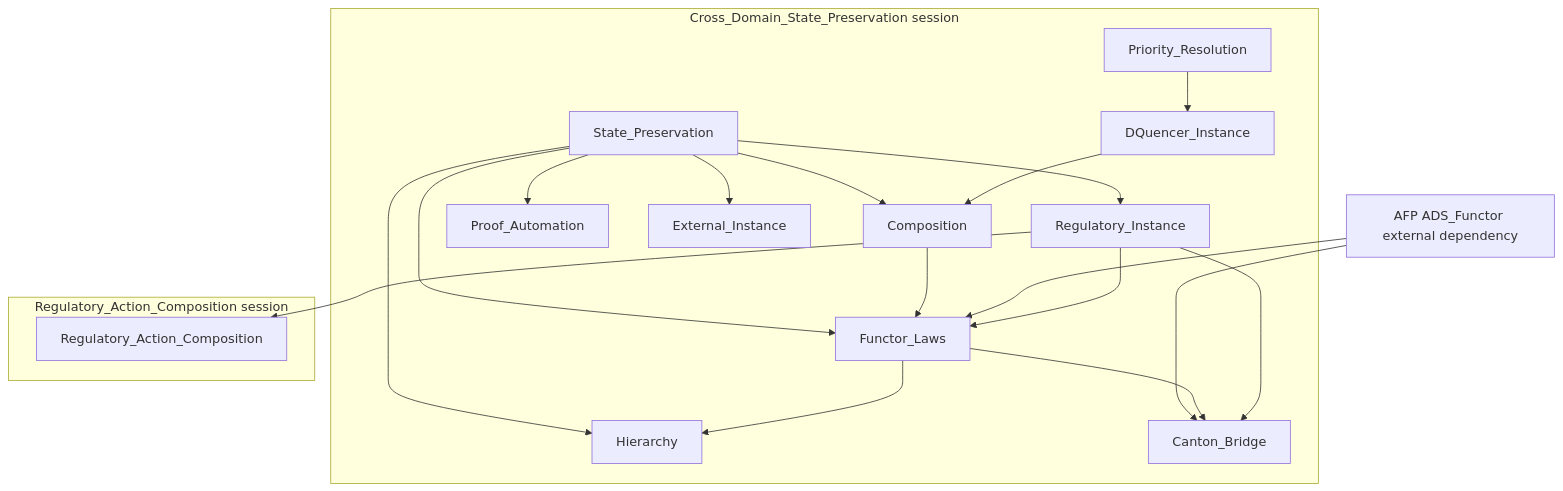
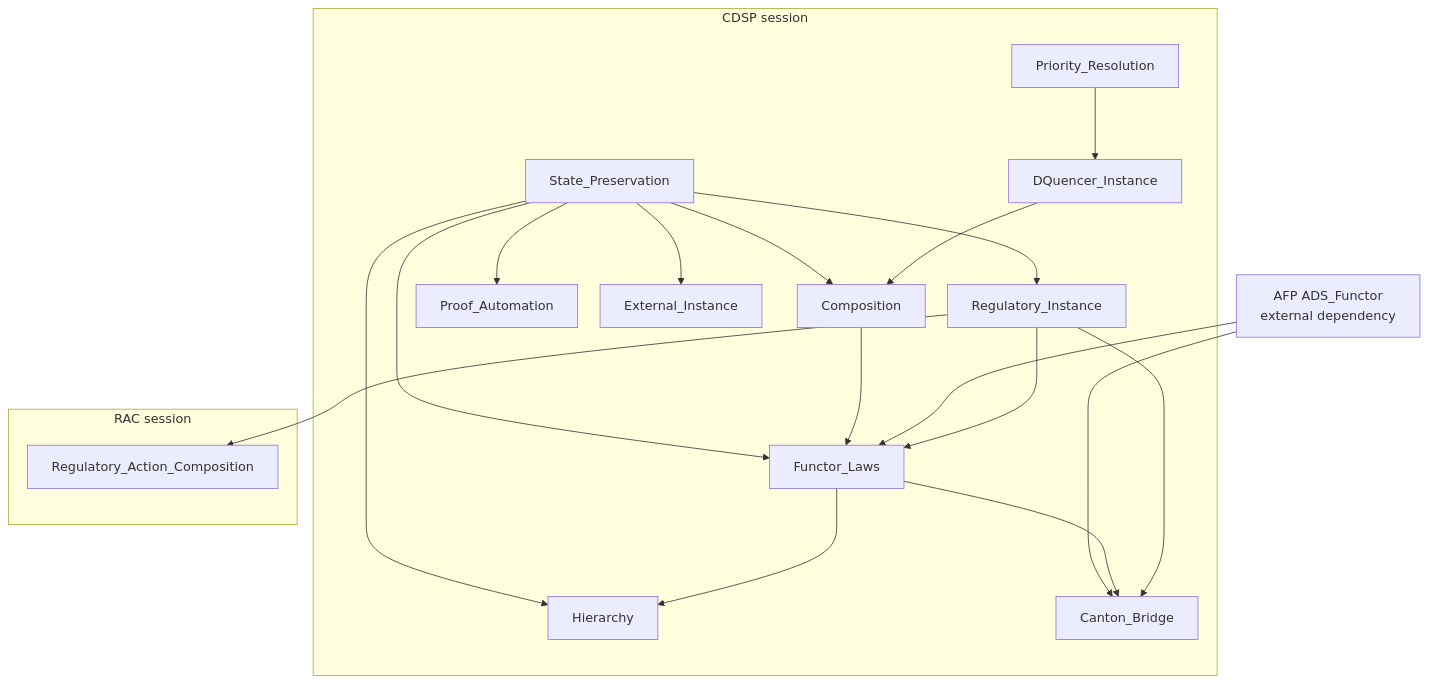
Before and after one commit to Oraclizer/formal-verification: the diagram in README.md, drawn with Mermaid.

Commit message:
docs: enlarge theory architecture diagram (#5)

````diff
--- a/README.md
+++ b/README.md
@@ -80,38 +80,44 @@
 ```mermaid
+---
+config:
+  flowchart:
+    nodeSpacing: 28
+    rankSpacing: 90
+---
 flowchart TB
-    subgraph CDSP["Cross_Domain_State_Preservation session"]
+    subgraph CDSP["CDSP session"]
       SP["State_Preservation"]
       RI["Regulatory_Instance"]
       PR["Priority_Resolution"]
       DQ["DQuencer_Instance"]
       CO["Composition"]
       PA["Proof_Automation"]
       FL["Functor_Laws"]
       HI["Hierarchy"]
       EX["External_Instance"]
       CA["Canton_Bridge"]
     end
 
-    subgraph RAC["Regulatory_Action_Composition session"]
+    subgraph RAC["RAC session"]
       RA["Regulatory_Action_Composition"]
     end
 
-    ADS["AFP ADS_Functor external dependency"]
+    ADS["AFP ADS_Functor<br/>external dependency"]
 
     SP --> RI
     SP --> CO
     SP --> PA
     SP --> FL
     SP --> HI
     SP --> EX
     PR --> DQ
     DQ --> CO
     CO --> FL
     ADS --> FL
     ADS --> CA
     FL --> HI
     FL --> CA
     RI --> FL
     RI --> CA
     RI --> RA
 ```
````
